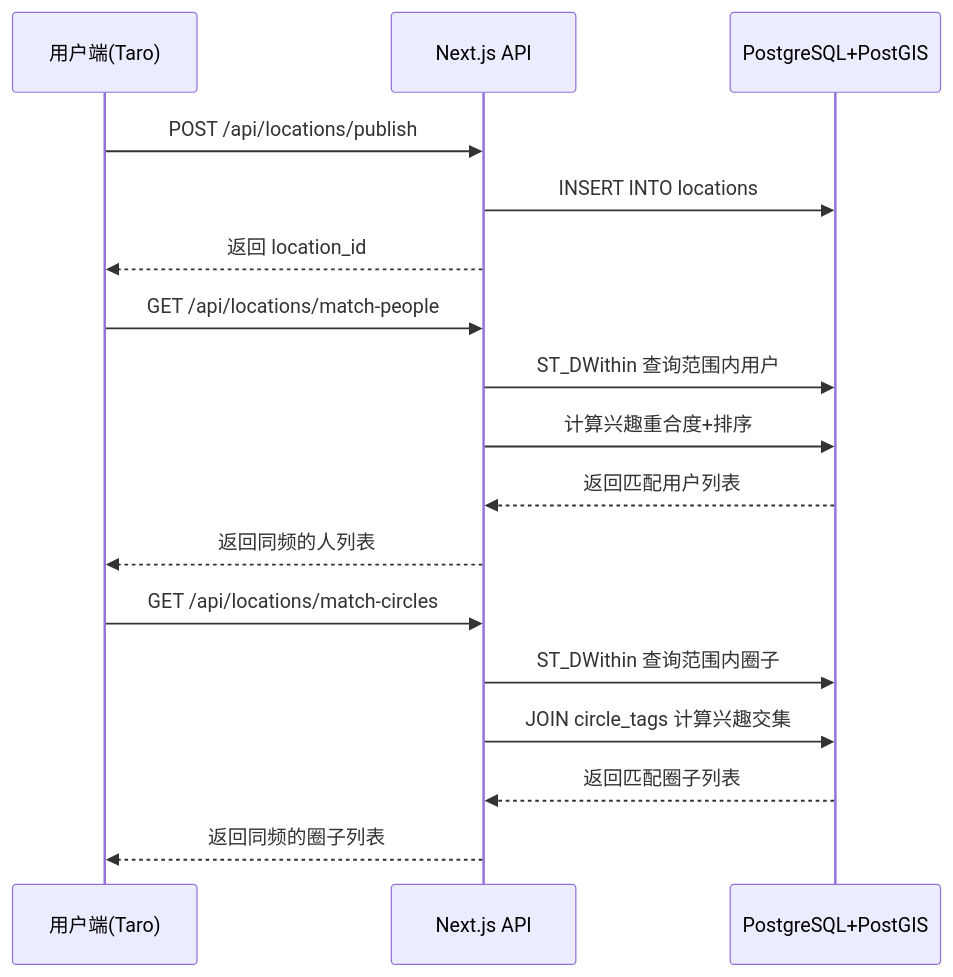
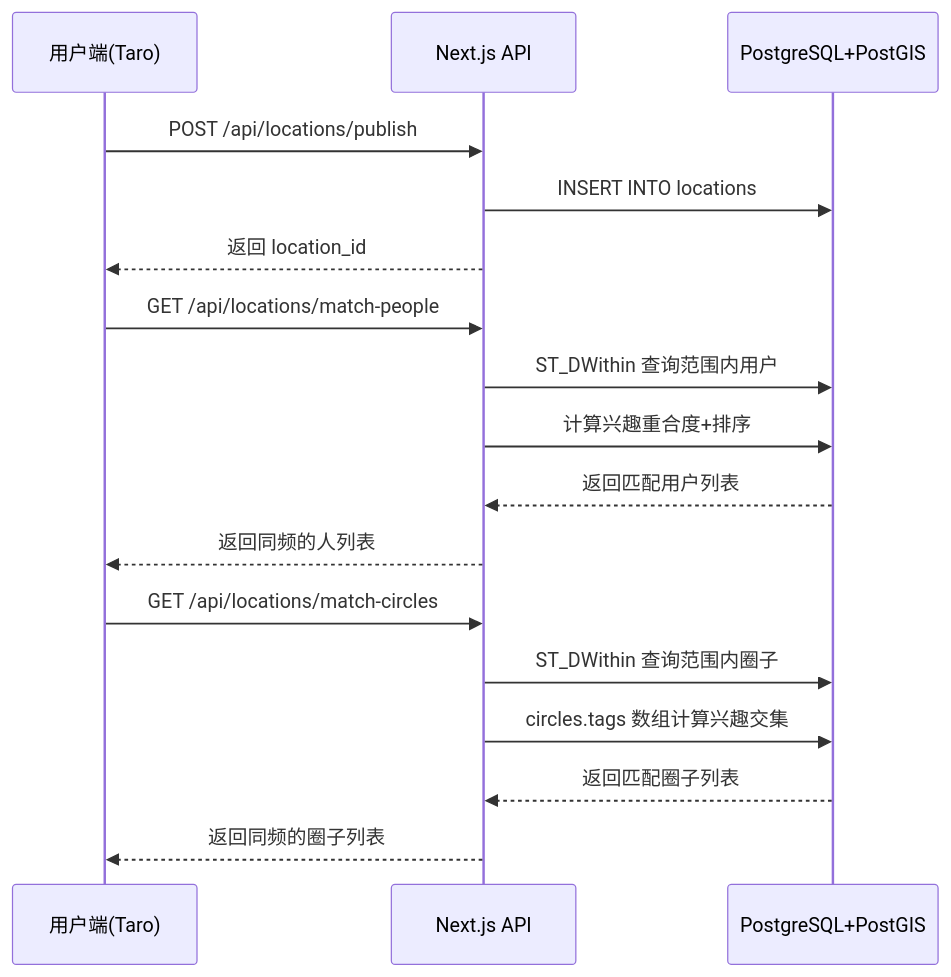
The tenth of 11 diagrams in docs/functional-design.md (shine-apps/frenquency_circle), drawn with Mermaid before and after one commit. The commit also changed other lines of this file and 153 other files, not shown here.

````diff
--- a/docs/functional-design.md
+++ b/docs/functional-design.md
@@ -851,22 +849,22 @@
 ```mermaid
 sequenceDiagram
     participant U as 用户端(Taro)
     participant API as Next.js API
     participant DB as PostgreSQL+PostGIS
 
     U->>API: POST /api/locations/publish
     API->>DB: INSERT INTO locations
     API-->>U: 返回 location_id
 
     U->>API: GET /api/locations/match-people
     API->>DB: ST_DWithin 查询范围内用户
     API->>DB: 计算兴趣重合度+排序
     DB-->>API: 返回匹配用户列表
     API-->>U: 返回同频的人列表
 
     U->>API: GET /api/locations/match-circles
     API->>DB: ST_DWithin 查询范围内圈子
-    API->>DB: JOIN circle_tags 计算兴趣交集
+    API->>DB: circles.tags 数组计算兴趣交集
     DB-->>API: 返回匹配圈子列表
     API-->>U: 返回同频的圈子列表
 ```
````
